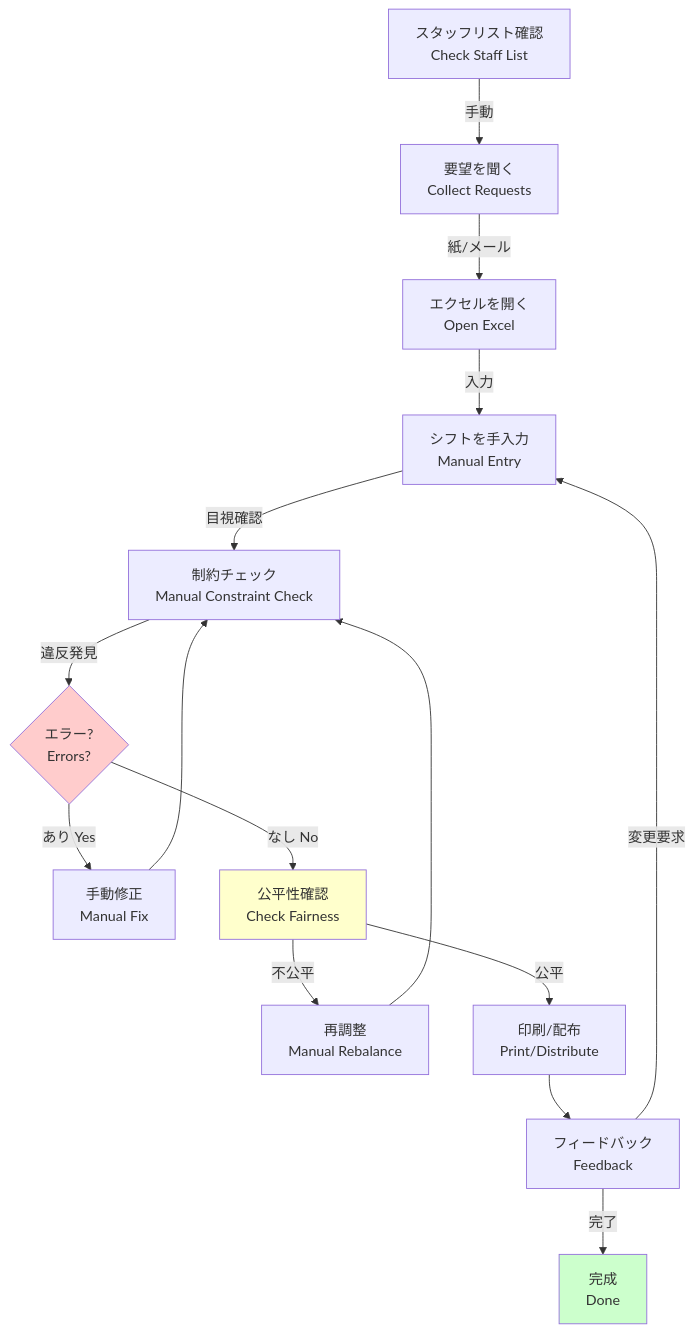
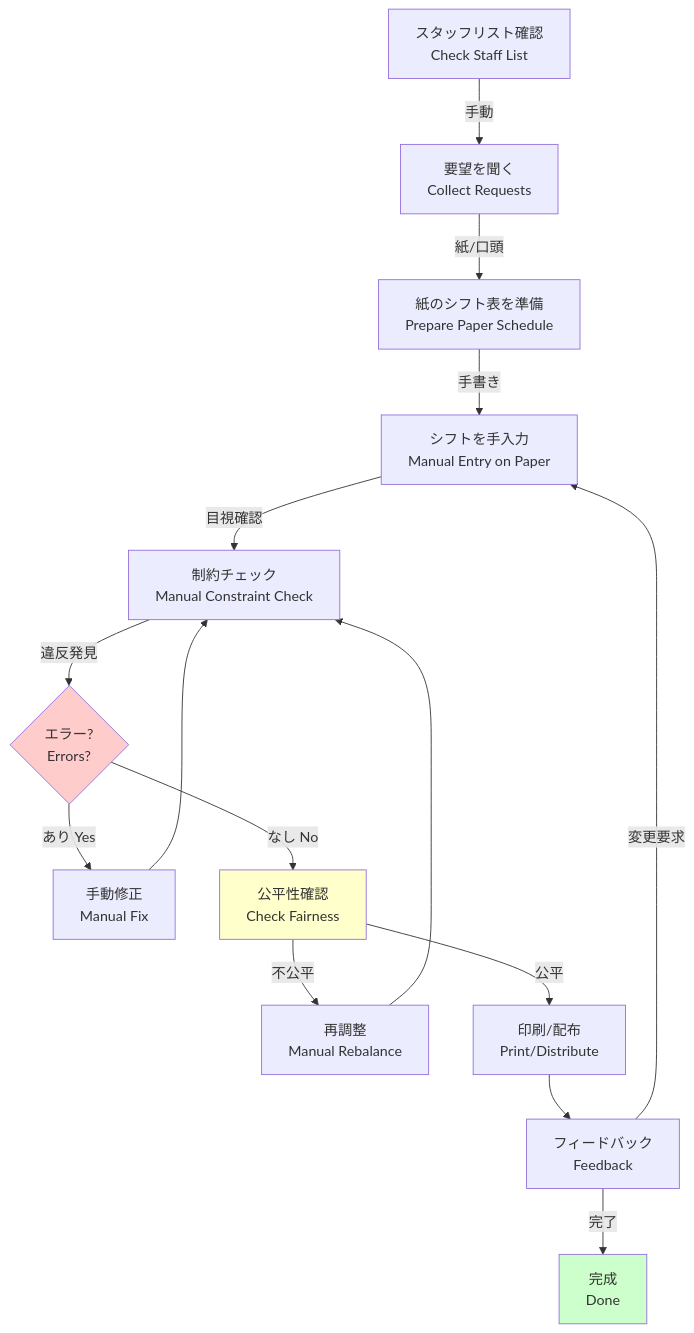
Before and after one commit to theshidiq/SSM-or-tools: the first of 11 diagrams in research/visual-comparison.md, drawn with Mermaid. The commit also changed other lines of this file, not shown here.

First line of the commit message:
docs: Update visual-comparison.md with OR-Tools CP-SAT architecture

````diff
--- a/research/visual-comparison.md
+++ b/research/visual-comparison.md
@@ -17,21 +17,21 @@
 ```mermaid
 graph TD
     A[スタッフリスト確認<br/>Check Staff List] -->|手動| B[要望を聞く<br/>Collect Requests]
-    B -->|紙/メール| C[エクセルを開く<br/>Open Excel]
-    C -->|入力| D[シフトを手入力<br/>Manual Entry]
+    B -->|紙/口頭| C[紙のシフト表を準備<br/>Prepare Paper Schedule]
+    C -->|手書き| D[シフトを手入力<br/>Manual Entry on Paper]
     D -->|目視確認| E[制約チェック<br/>Manual Constraint Check]
     E -->|違反発見| F{エラー?<br/>Errors?}
     F -->|あり Yes| G[手動修正<br/>Manual Fix]
     G --> E
     F -->|なし No| H[公平性確認<br/>Check Fairness]
     H -->|不公平| I[再調整<br/>Manual Rebalance]
     I --> E
     H -->|公平| J[印刷/配布<br/>Print/Distribute]
     J --> K[フィードバック<br/>Feedback]
     K -->|変更要求| D
     K -->|完了| L[完成<br/>Done]
 
     style F fill:#ffcccc
     style H fill:#ffffcc
     style L fill:#ccffcc
 ```
````
